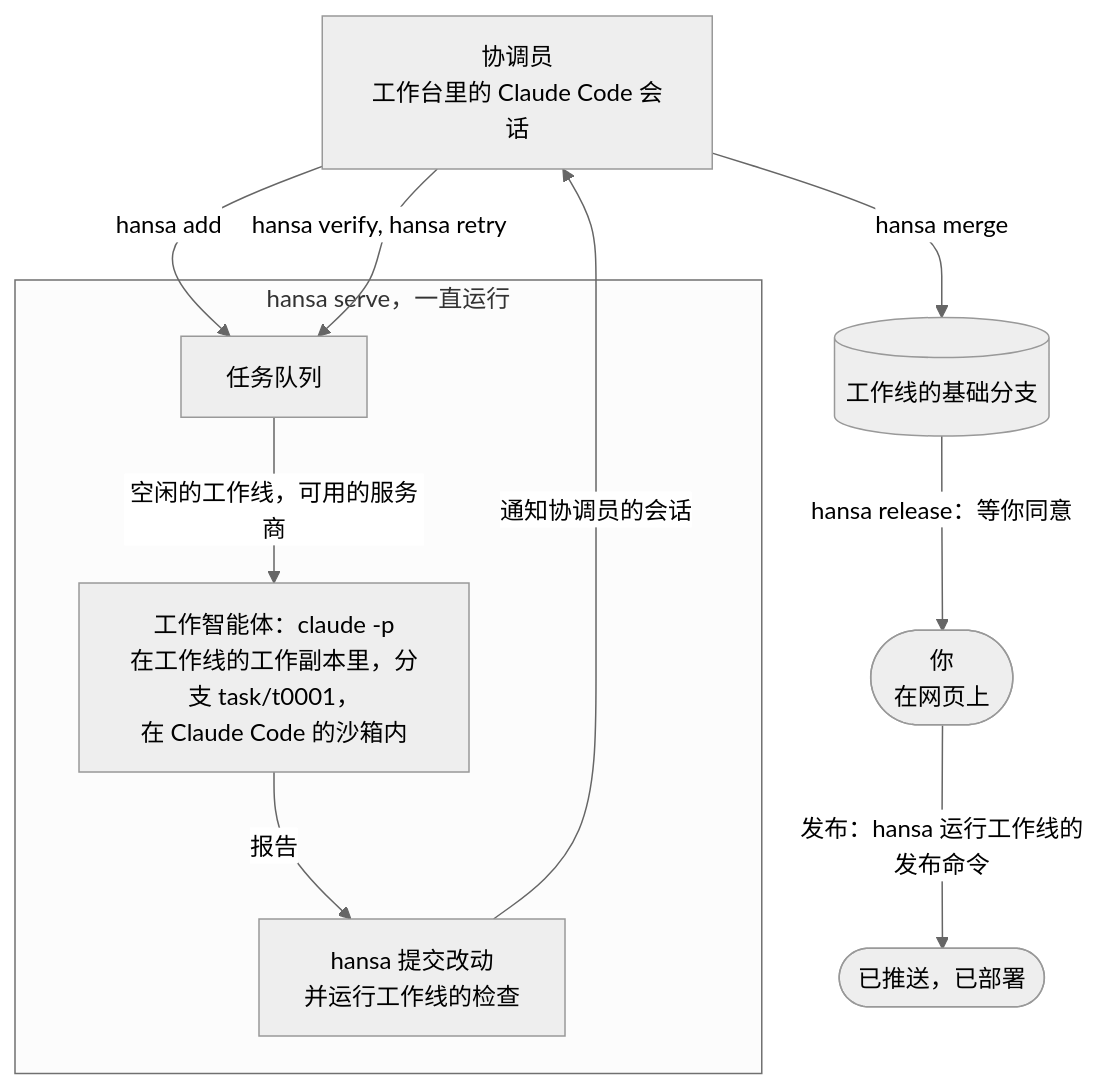
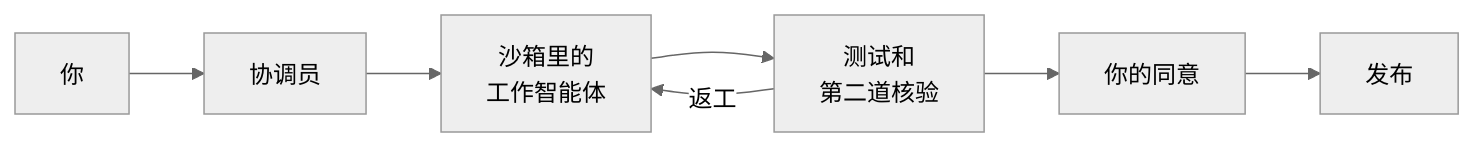
One commit to FrostNovaOrg/Hansa changed the diagram in README.zh-CN.md. Above: the diagram before and after it, drawn with Mermaid (neutral theme). The commit also changed other lines of this file and 2 other files, not shown here.

Commit message:
README: clearer positioning, a short diagram, Chinese links marked as English

````diff
--- a/README.zh-CN.md
+++ b/README.zh-CN.md
@@ -45,21 +48,9 @@
 ```mermaid
-flowchart TB
-    P(["你<br/>在网页上"])
-    C["协调员<br/>工作台里的 Claude Code 会话"]
-    subgraph S["hansa serve，一直运行"]
-        Q["任务队列"]
-        W["工作智能体：claude -p<br/>在工作线的工作副本里，分支 task/t0001，<br/>在 Claude Code 的沙箱内"]
-        K["hansa 提交改动<br/>并运行工作线的检查"]
-    end
-    B[("工作线的基础分支")]
-    O(["已推送，已部署"])
-
-    C -- "hansa add" --> Q
-    Q -- "空闲的工作线，可用的服务商" --> W
-    W -- "报告" --> K
-    K -- "通知协调员的会话" --> C
-    C -- "hansa verify, hansa retry" --> Q
-    C -- "hansa merge" --> B
-    B -- "hansa release：等你同意" --> P
-    P -- "发布：hansa 运行工作线的发布命令" --> O
+flowchart LR
+    Y["你"] --> C["协调员"]
+    C --> W["沙箱里的<br/>工作智能体"]
+    W --> T["测试和<br/>第二道核验"]
+    T -- "返工" --> W
+    T --> A["你的同意"]
+    A --> R["发布"]
 ```
````
